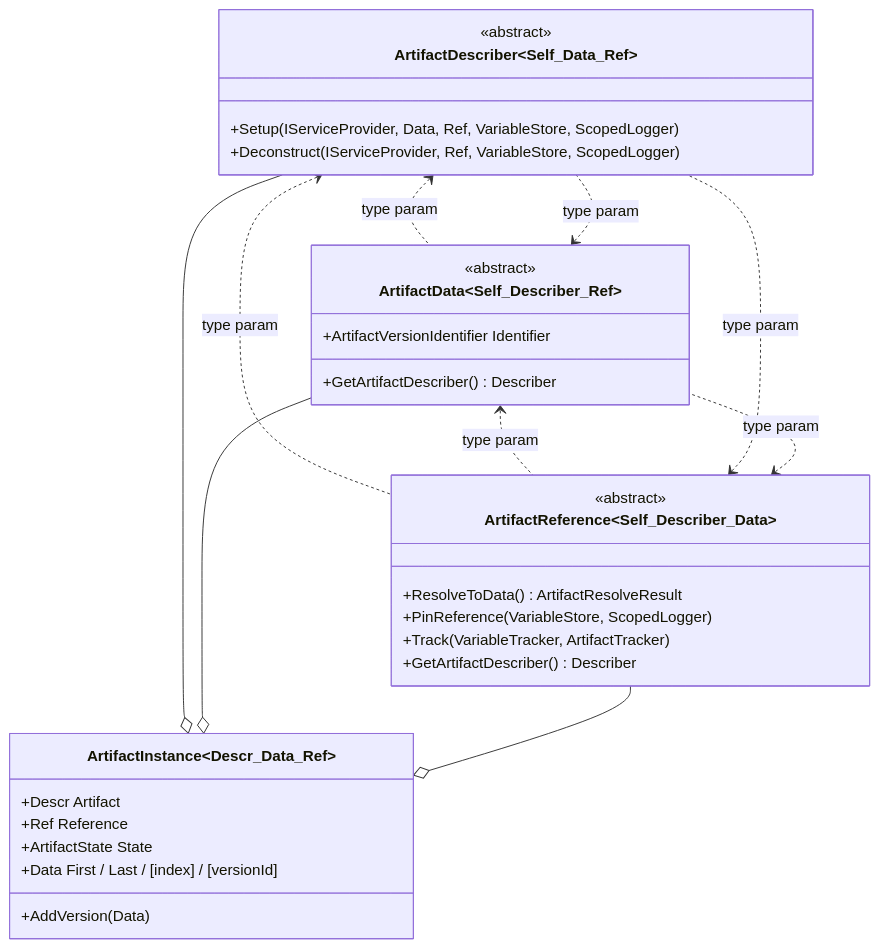
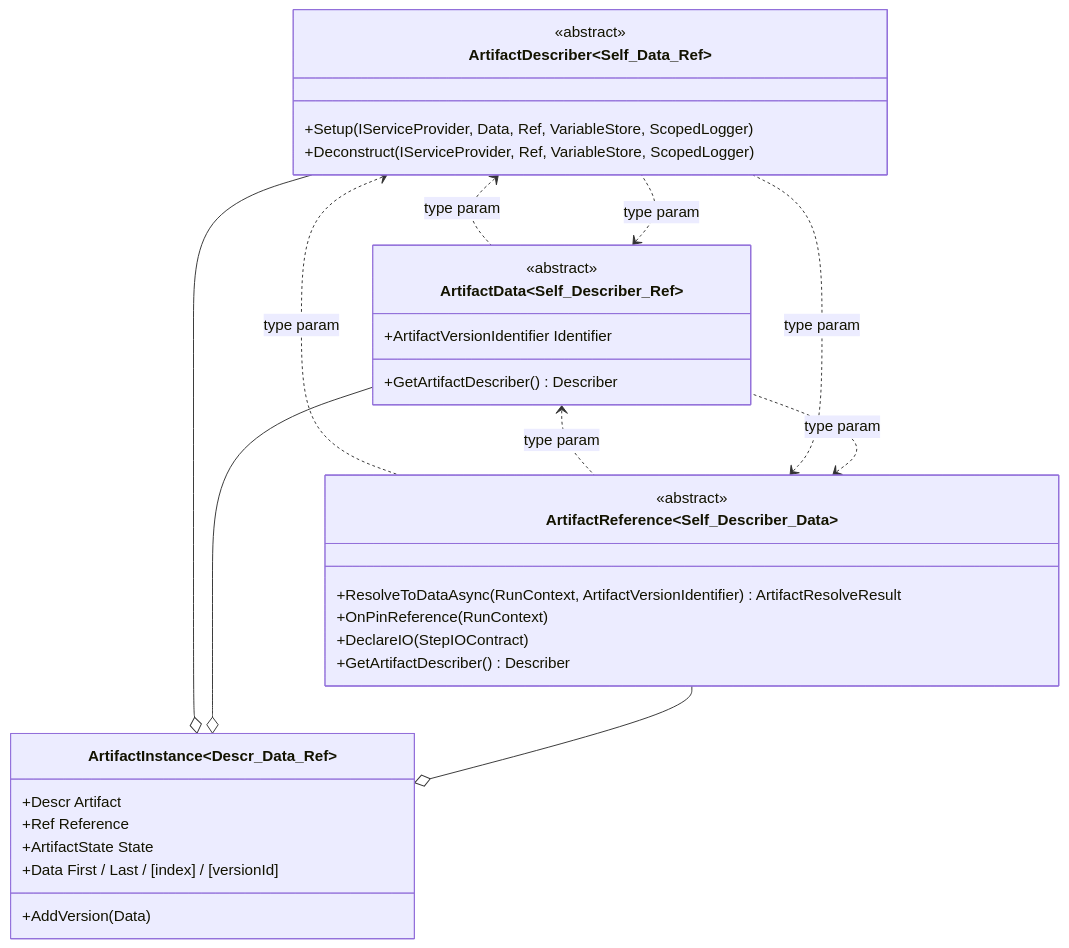
One commit to DeadMoon0/TestFramework-Core changed the fifth of 6 diagrams in Documentation/CoreArchitecture.md. Above: the diagram before and after it, drawn with Mermaid. The commit also changed other lines of this file and 11 other files, not shown here.

````diff
--- a/Documentation/CoreArchitecture.md
+++ b/Documentation/CoreArchitecture.md
@@ -619,39 +503,39 @@
 ```mermaid
 classDiagram
     class ArtifactDescriber~Self_Data_Ref~ {
         <<abstract>>
         +Setup(IServiceProvider, Data, Ref, VariableStore, ScopedLogger)
         +Deconstruct(IServiceProvider, Ref, VariableStore, ScopedLogger)
     }
     class ArtifactData~Self_Describer_Ref~ {
         <<abstract>>
         +ArtifactVersionIdentifier Identifier
         +GetArtifactDescriber() Describer
     }
     class ArtifactReference~Self_Describer_Data~ {
         <<abstract>>
-        +ResolveToData() ArtifactResolveResult
-        +PinReference(VariableStore, ScopedLogger)
-        +Track(VariableTracker, ArtifactTracker)
+        +ResolveToDataAsync(RunContext, ArtifactVersionIdentifier) ArtifactResolveResult
+        +OnPinReference(RunContext)
+        +DeclareIO(StepIOContract)
         +GetArtifactDescriber() Describer
     }
 
     ArtifactDescriber~Self_Data_Ref~ <.. ArtifactData~Self_Describer_Ref~ : type param
     ArtifactDescriber~Self_Data_Ref~ <.. ArtifactReference~Self_Describer_Data~ : type param
     ArtifactData~Self_Describer_Ref~ <.. ArtifactDescriber~Self_Data_Ref~ : type param
     ArtifactData~Self_Describer_Ref~ <.. ArtifactReference~Self_Describer_Data~ : type param
     ArtifactReference~Self_Describer_Data~ <.. ArtifactDescriber~Self_Data_Ref~ : type param
     ArtifactReference~Self_Describer_Data~ <.. ArtifactData~Self_Describer_Ref~ : type param
 
     class ArtifactInstance~Descr_Data_Ref~ {
         +Descr Artifact
         +Ref Reference
         +ArtifactState State
         +Data First / Last / [index] / [versionId]
         +AddVersion(Data)
     }
 
     ArtifactDescriber~Self_Data_Ref~ --o ArtifactInstance~Descr_Data_Ref~
     ArtifactData~Self_Describer_Ref~ --o ArtifactInstance~Descr_Data_Ref~
     ArtifactReference~Self_Describer_Data~ --o ArtifactInstance~Descr_Data_Ref~
 ```
````
